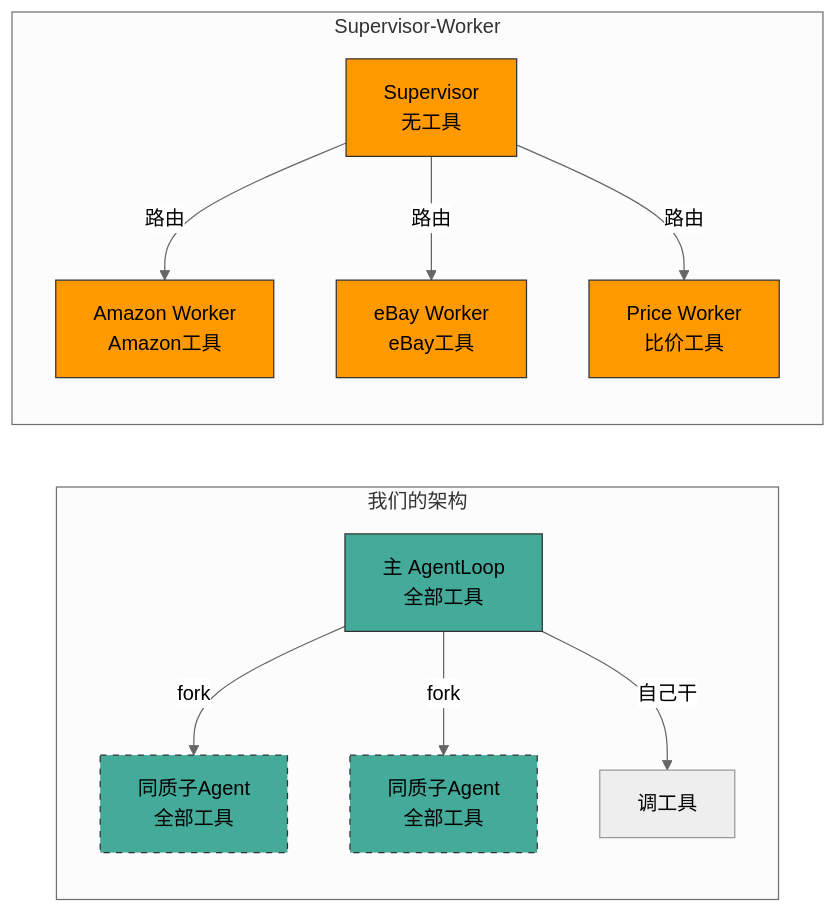
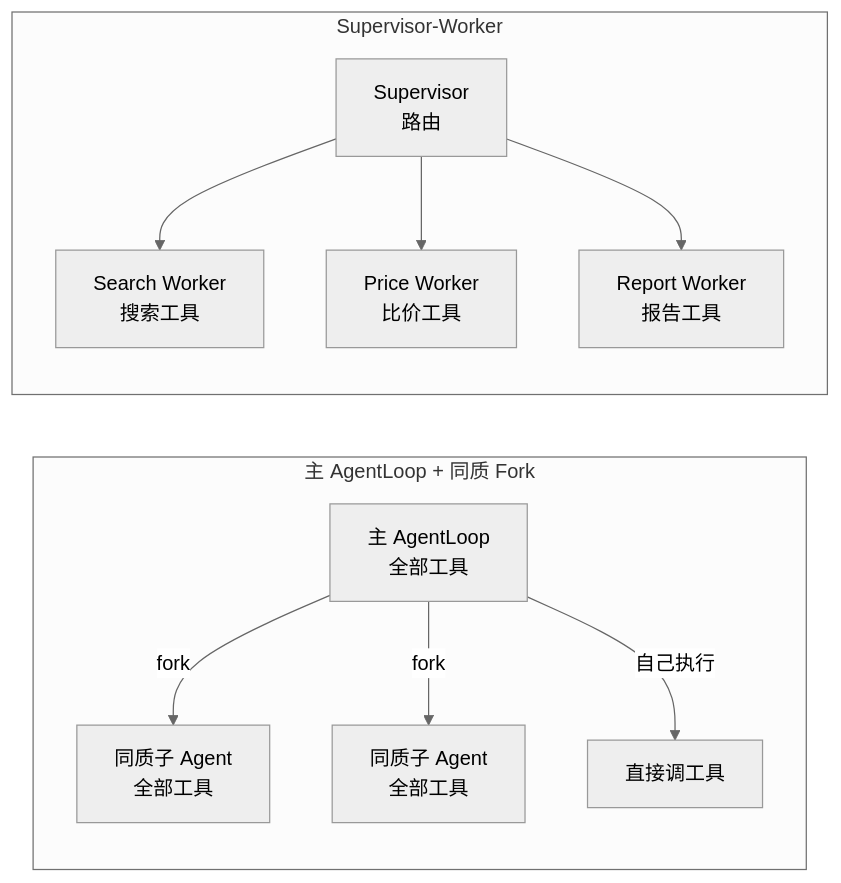
The sixth of 6 diagrams in docs/01-Agent架构设计.md (lzplsp666/glodex-agent), drawn with Mermaid (neutral theme) before and after one commit. The commit also changed other lines of this file and 46 other files, not shown here.

````diff
--- a/docs/01-Agent架构设计.md
+++ b/docs/01-Agent架构设计.md
@@ -263,23 +474,14 @@
 ```mermaid
 graph LR
-    subgraph 我们的架构
-        M1[主 AgentLoop<br/>全部工具] -->|fork| S1[同质子Agent<br/>全部工具]
-        M1 -->|fork| S2[同质子Agent<br/>全部工具]
-        M1 -->|自己干| T1[调工具]
-
-        style M1 fill:#4a9,stroke:#333
-        style S1 fill:#4a9,stroke:#333,stroke-dasharray: 5 5
-        style S2 fill:#4a9,stroke:#333,stroke-dasharray: 5 5
+    subgraph Homogeneous["主 AgentLoop + 同质 Fork"]
+        M1["主 AgentLoop<br/>全部工具"] -->|"fork"| S1["同质子 Agent<br/>全部工具"]
+        M1 -->|"fork"| S2["同质子 Agent<br/>全部工具"]
+        M1 -->|"自己执行"| T1["直接调工具"]
     end
 
-    subgraph Supervisor-Worker
-        Sup[Supervisor<br/>无工具] -->|路由| W1[Amazon Worker<br/>Amazon工具]
-        Sup -->|路由| W2[eBay Worker<br/>eBay工具]
-        Sup -->|路由| W3[Price Worker<br/>比价工具]
-
-        style Sup fill:#f90,stroke:#333
-        style W1 fill:#f90,stroke:#333
-        style W2 fill:#f90,stroke:#333
-        style W3 fill:#f90,stroke:#333
+    subgraph SupervisorMode["Supervisor-Worker"]
+        Sup["Supervisor<br/>路由"] --> W1["Search Worker<br/>搜索工具"]
+        Sup --> W2["Price Worker<br/>比价工具"]
+        Sup --> W3["Report Worker<br/>报告工具"]
     end
 ```
````
